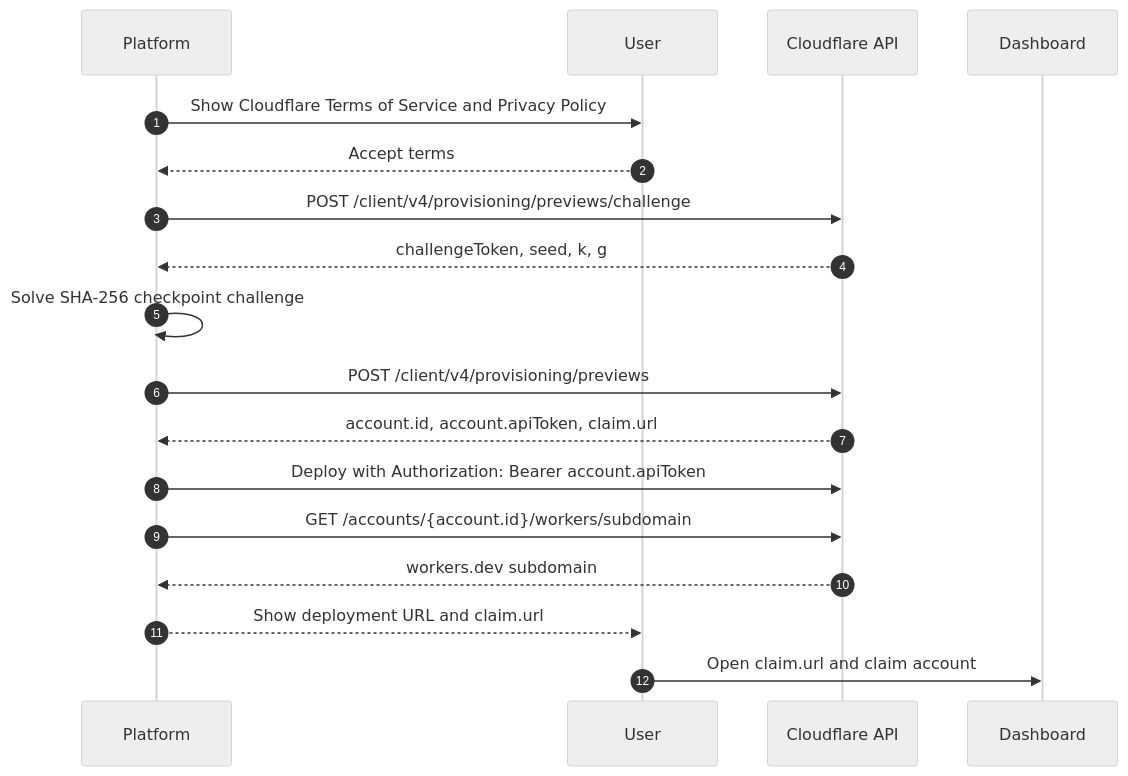
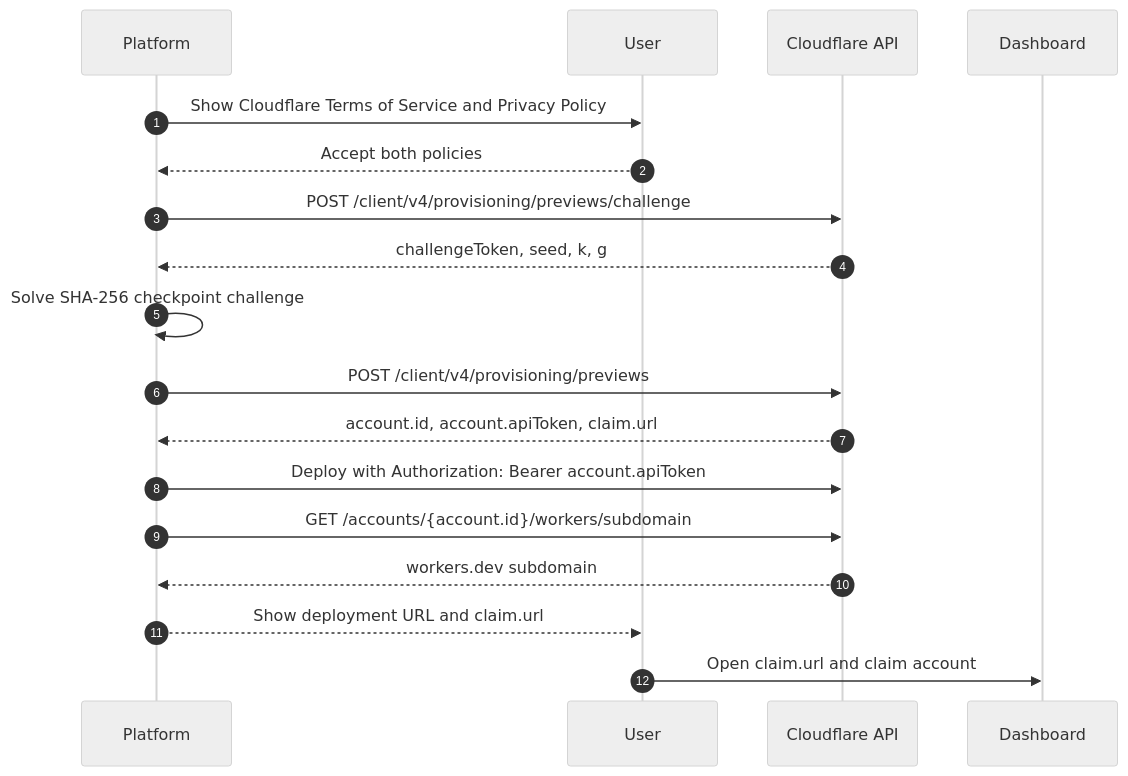
Before and after one commit to cloudflare/cloudflare-docs: the diagram in src/content/docs/workers/platform/claim-deployments.mdx, drawn with Mermaid (neutral theme). The commit also changed other lines of this file and 1 other file, not shown here.

````diff
--- a/src/content/docs/workers/platform/claim-deployments.mdx
+++ b/src/content/docs/workers/platform/claim-deployments.mdx
@@ -101,20 +105,20 @@
 ```mermaid
 sequenceDiagram
     autonumber
     participant Platform
     participant User
     participant Cloudflare API
     participant Dashboard
     Platform->>User: Show Cloudflare Terms of Service and Privacy Policy
-    User-->>Platform: Accept terms
+    User-->>Platform: Accept both policies
     Platform->>Cloudflare API: POST /client/v4/provisioning/previews/challenge
     Cloudflare API-->>Platform: challengeToken, seed, k, g
     Platform->>Platform: Solve SHA-256 checkpoint challenge
     Platform->>Cloudflare API: POST /client/v4/provisioning/previews
     Cloudflare API-->>Platform: account.id, account.apiToken, claim.url
     Platform->>Cloudflare API: Deploy with Authorization: Bearer account.apiToken
     Platform->>Cloudflare API: GET /accounts/{account.id}/workers/subdomain
     Cloudflare API-->>Platform: workers.dev subdomain
     Platform-->>User: Show deployment URL and claim.url
     User->>Dashboard: Open claim.url and claim account
 ```
````
